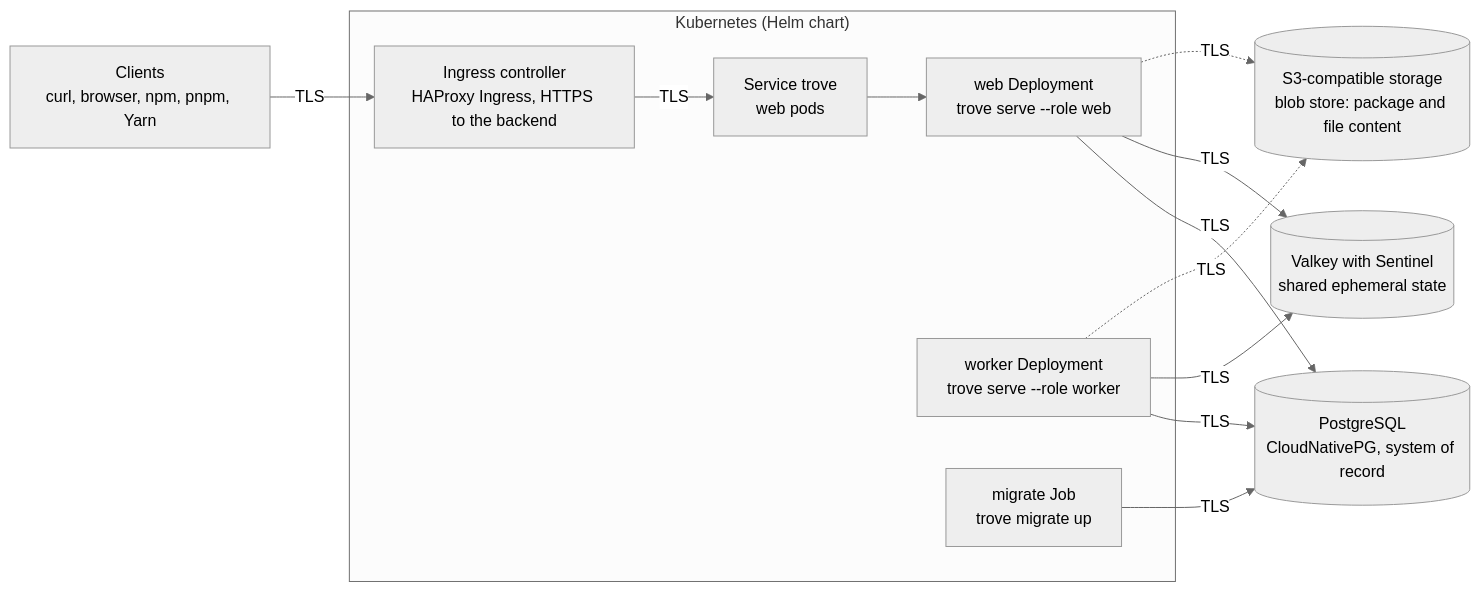
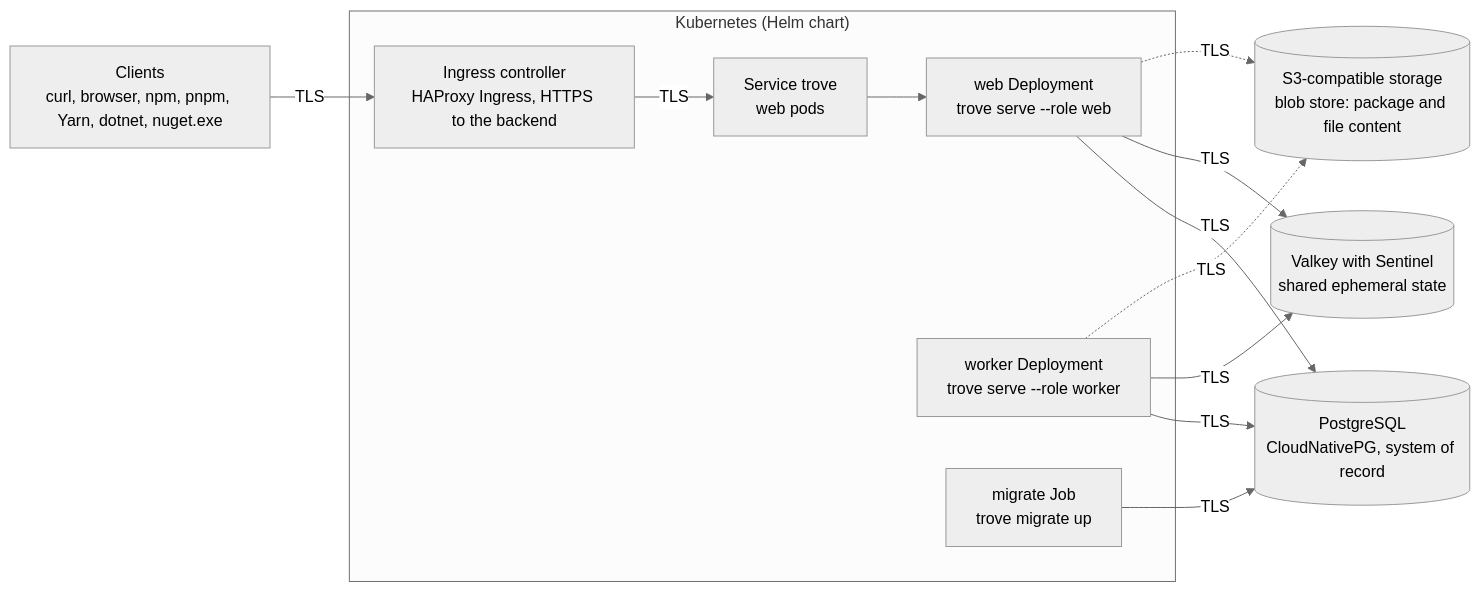
The diagram in README.md (guided-traffic/trove), drawn with Mermaid (neutral theme) before and after one commit. The commit also changed other lines of this file and 12 other files, not shown here.

````diff
--- a/README.md
+++ b/README.md
@@ -30,23 +33,23 @@
 ```mermaid
 flowchart LR
-  cl["Clients<br/>curl, browser, npm, pnpm, Yarn"]
+  cl["Clients<br/>curl, browser, npm, pnpm, Yarn, dotnet, nuget.exe"]
   subgraph k8s["Kubernetes (Helm chart)"]
     edge["Ingress controller<br/>HAProxy Ingress, HTTPS to the backend"]
     svc["Service trove<br/>web pods"]
     web["web Deployment<br/>trove serve --role web"]
     wrk["worker Deployment<br/>trove serve --role worker"]
     mig["migrate Job<br/>trove migrate up"]
   end
   pg[("PostgreSQL<br/>CloudNativePG, system of record")]
   vk[("Valkey with Sentinel<br/>shared ephemeral state")]
   s3[("S3-compatible storage<br/>blob store: package and file content")]
 
   cl -->|TLS| edge -->|TLS| svc --> web
   web -->|TLS| pg
   web -->|TLS| vk
   wrk -->|TLS| pg
   wrk -->|TLS| vk
   mig -->|TLS| pg
   web -.->|TLS| s3
   wrk -.->|TLS| s3
 ```
````
